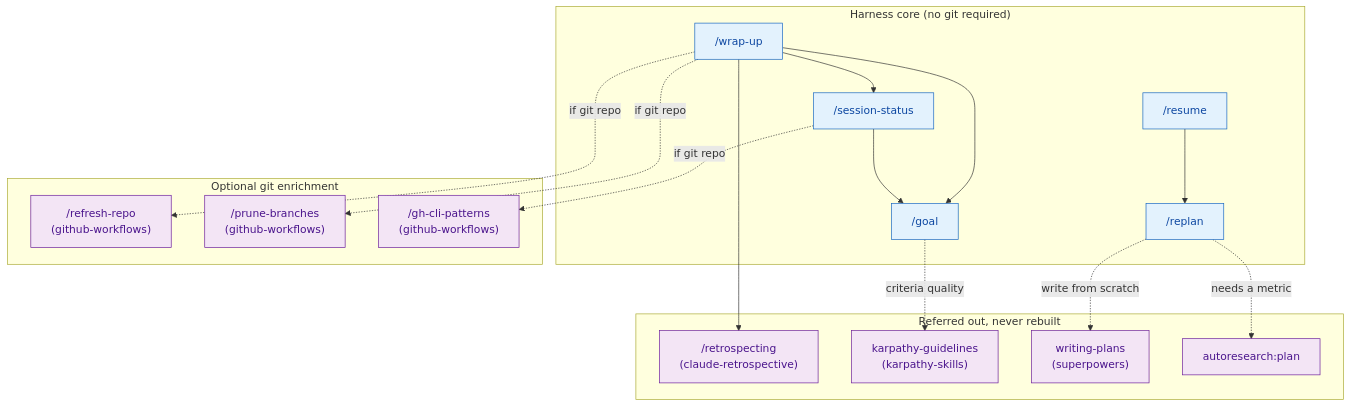
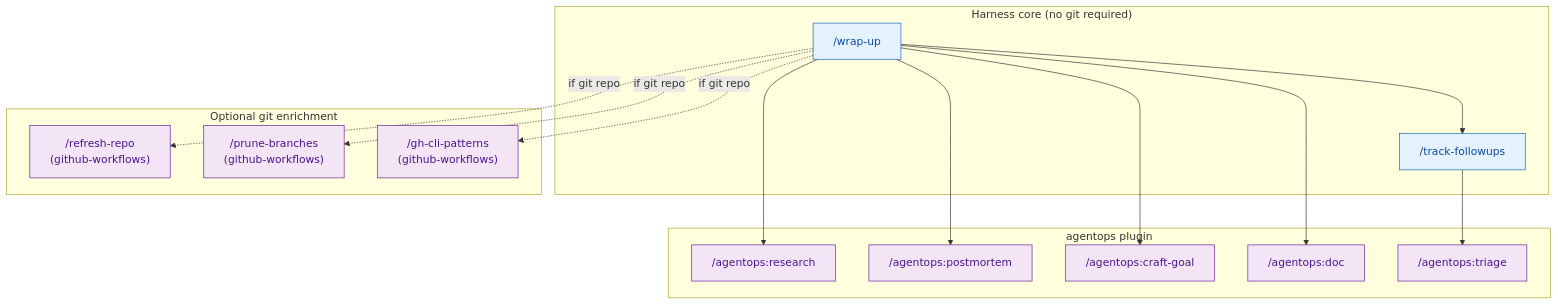
One commit to dryvist/claude-code-plugins changed the diagram in ai-cli-harness-better-practices/ARCHITECTURE.md. Above: the diagram before and after it, drawn with Mermaid. The commit also changed other lines of this file and 26 other files, not shown here.

First line of the commit message:
feat(ai-cli-harness-better-practices): compose agentops skills in wrap-up

````diff
--- a/ai-cli-harness-better-practices/ARCHITECTURE.md
+++ b/ai-cli-harness-better-practices/ARCHITECTURE.md
@@ -8,43 +8,36 @@
 ```mermaid
 flowchart TD
     classDef ai fill:#e3f2fd,stroke:#1565c0,color:#0d47a1
     classDef external fill:#f3e5f5,stroke:#6a1b9a,color:#4a148c
 
     subgraph core["Harness core (no git required)"]
-        goal["/goal"]
-        status["/session-status"]
-        resume["/resume"]
-        replan["/replan"]
         wrapup["/wrap-up"]
+        track["/track-followups"]
+    end
+
+    subgraph agentops["agentops plugin"]
+        research["/agentops:research"]:::external
+        post["/agentops:postmortem"]:::external
+        goal["/agentops:craft-goal"]:::external
+        doc["/agentops:doc"]:::external
+        triage["/agentops:triage"]:::external
     end
 
     subgraph optional["Optional git enrichment"]
         refresh["/refresh-repo\n(github-workflows)"]:::external
         prune["/prune-branches\n(github-workflows)"]:::external
         ghcli["/gh-cli-patterns\n(github-workflows)"]:::external
     end
 
-    subgraph referred["Referred out, never rebuilt"]
-        retro["/retrospecting\n(claude-retrospective)"]:::external
-        karpathy["karpathy-guidelines\n(karpathy-skills)"]:::external
-        plans["writing-plans\n(superpowers)"]:::external
-        arplan["autoresearch:plan"]:::external
-    end
-
-    wrapup --> status
+    wrapup --> research
+    wrapup --> post
+    wrapup --> track
     wrapup --> goal
-    wrapup --> retro
+    wrapup --> doc
     wrapup -.->|"if git repo"| refresh
     wrapup -.->|"if git repo"| prune
+    wrapup -.->|"if git repo"| ghcli
+    track --> triage
 
-    status --> goal
-    status -.->|"if git repo"| ghcli
-
-    goal -.->|"criteria quality"| karpathy
-
-    resume --> replan
-    replan -.->|"write from scratch"| plans
-    replan -.->|"needs a metric"| arplan
-
-    class goal,status,resume,replan,wrapup ai
+    class wrapup,track ai
 ```
````
